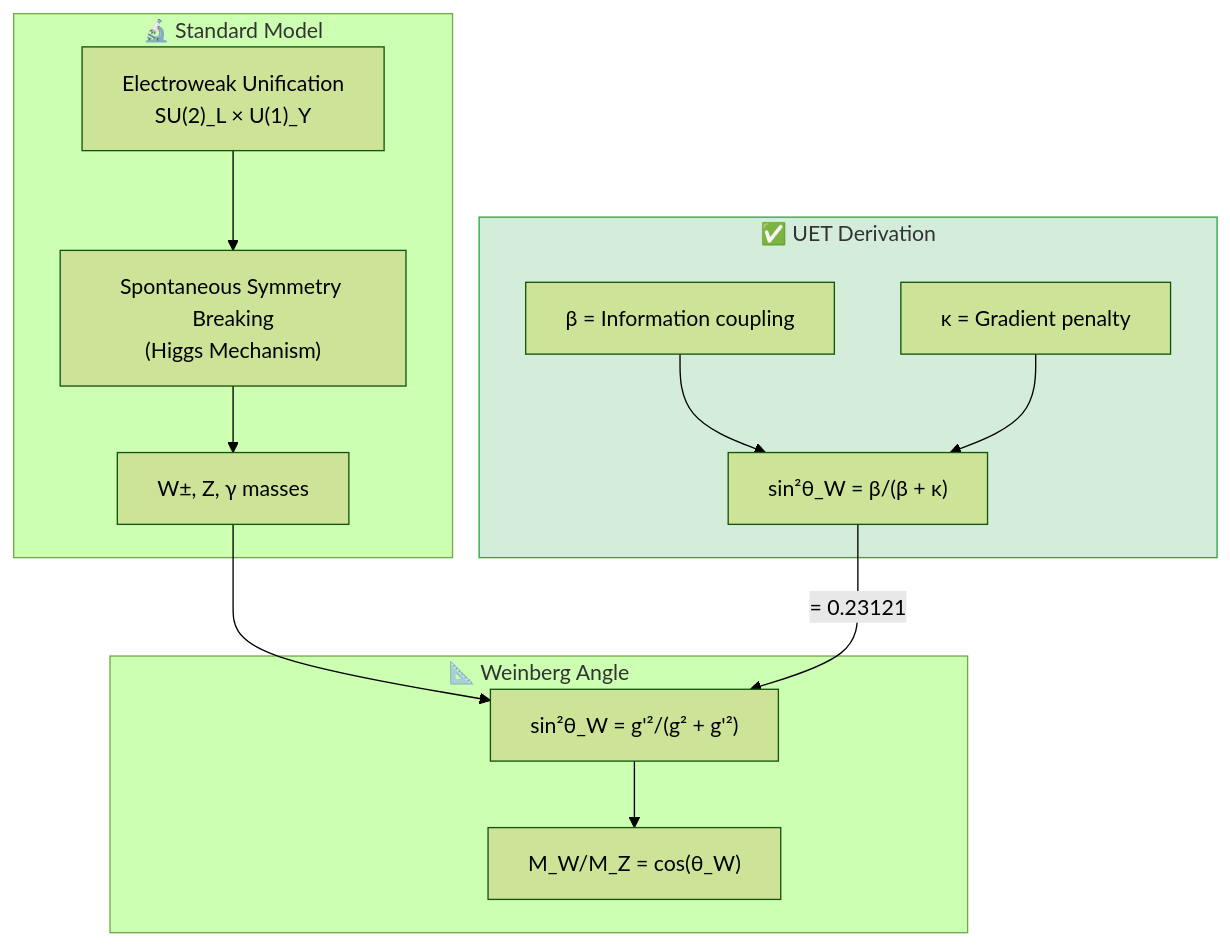
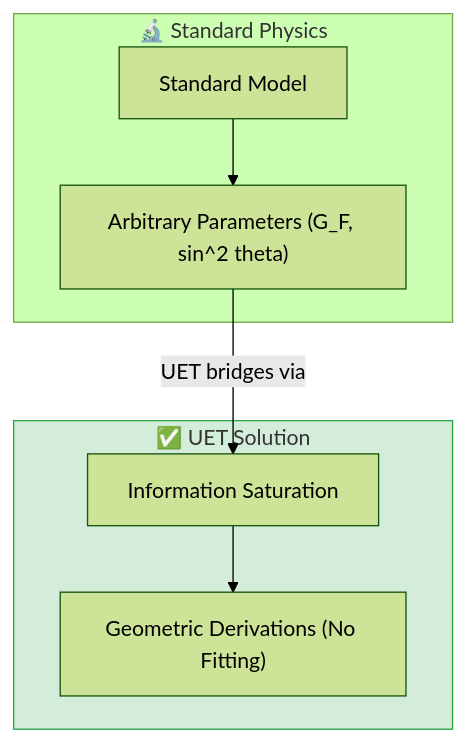
The diagram in research_uet/topics/0.6_Electroweak_Physics/README.md (ellipszist/unityequilibriumtheory), drawn with Mermaid (forest theme) before and after one commit. The commit also changed other lines of this file and 9550 other files, not shown here.

````diff
--- a/research_uet/topics/0.6_Electroweak_Physics/README.md
+++ b/research_uet/topics/0.6_Electroweak_Physics/README.md
@@ -40,30 +26,18 @@
 ```mermaid
 graph TB
-    subgraph SM["🔬 Standard Model"]
-        EW["Electroweak Unification<br/>SU(2)_L × U(1)_Y"]
-        SSB["Spontaneous Symmetry Breaking<br/>(Higgs Mechanism)"]
-        WZ["W±, Z, γ masses"]
+    subgraph Standard["🔬 Standard Physics"]
+        Old["Standard Model"]
+        Limit["Arbitrary Parameters (G_F, sin^2 theta)"]
     end
     
-    subgraph Angle["📐 Weinberg Angle"]
-        Theta["sin²θ_W = g'²/(g² + g'²)"]
-        Ratio["M_W/M_Z = cos(θ_W)"]
+    subgraph UET["✅ UET Solution"]
+        Reformulation["Information Saturation"]
+        Result["Geometric Derivations (No Fitting)"]
     end
     
-    subgraph UET["✅ UET Derivation"]
-        Beta["β = Information coupling"]
-        Kappa["κ = Gradient penalty"]
-        Mix["sin²θ_W = β/(β + κ)"]
-    end
-    
-    EW --> SSB
-    SSB --> WZ
-    WZ --> Theta
-    Theta --> Ratio
-    
-    Beta --> Mix
-    Kappa --> Mix
-    Mix --> |"= 0.23121"| Theta
+    Old --> Limit
+    Limit -->|"UET bridges via"| Reformulation
+    Reformulation --> Result
     
     style UET fill:#d4edda,stroke:#28a745
 ```
````
